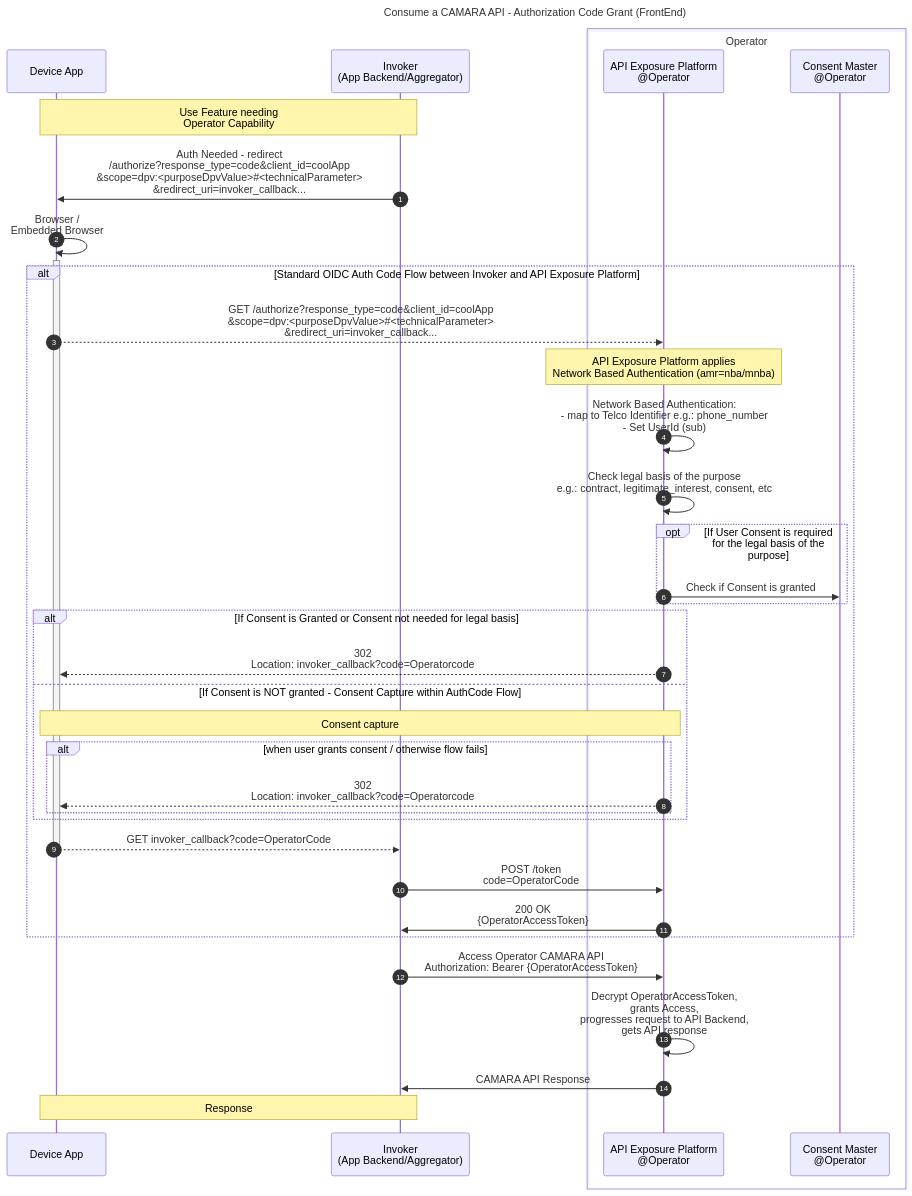
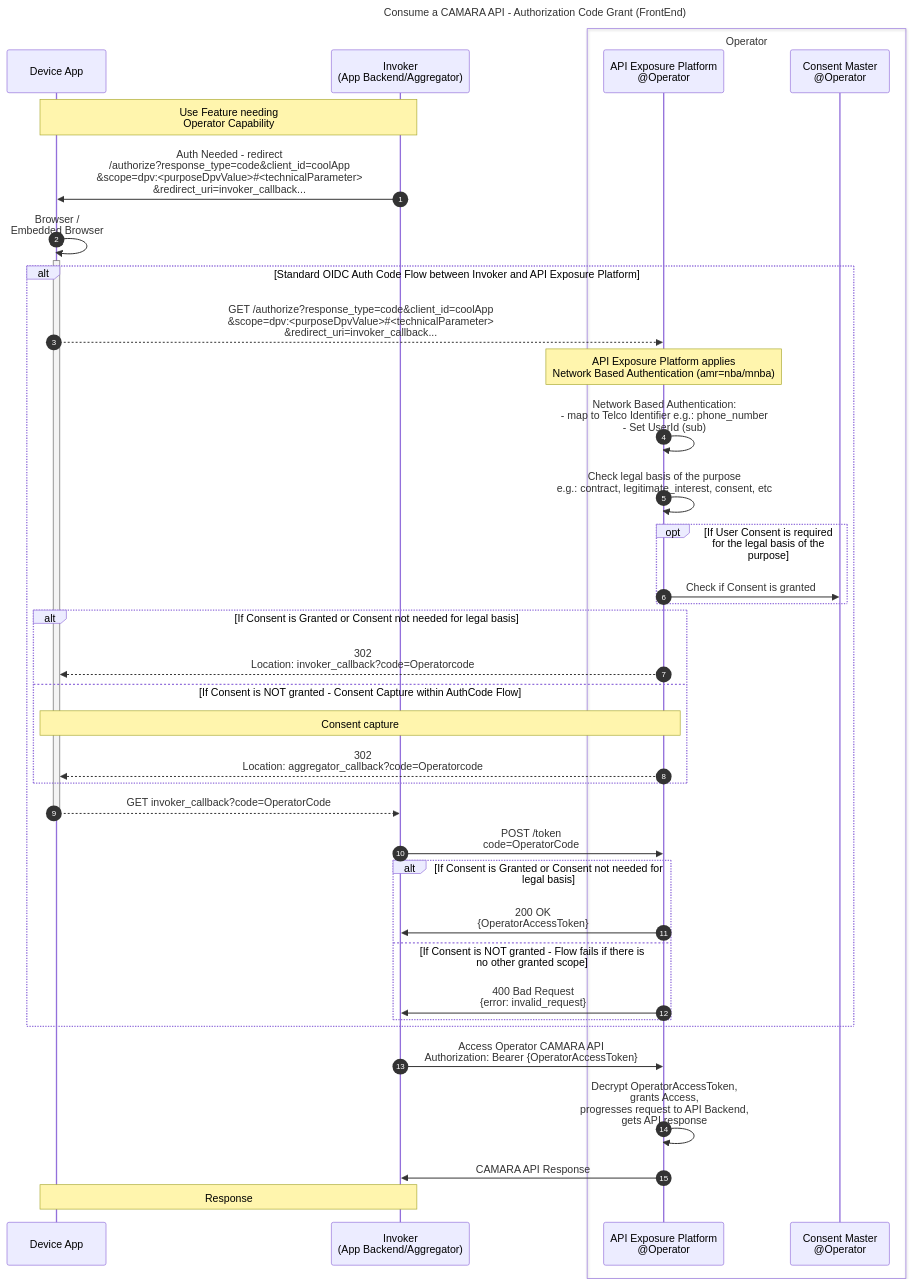
One commit to camaraproject/IdentityAndConsentManagement changed the first of 2 diagrams in documentation/CAMARA-API-access-and-user-consent.md. Above: the diagram before and after it, drawn with Mermaid. The commit also changed other lines of this file, not shown here.

Commit message:
Auth code flow update to fix issue #70

````diff
--- a/documentation/CAMARA-API-access-and-user-consent.md
+++ b/documentation/CAMARA-API-access-and-user-consent.md
@@ -129,40 +129,42 @@
 ```mermaid
 sequenceDiagram
 autonumber
 title Consume a CAMARA API - Authorization Code Grant (FrontEnd)
 participant FE as Device App
 participant BE as Invoker<br>(App Backend/Aggregator)
 box Operator
   participant ExpO as API Exposure Platform<br>@Operator
   participant Consent as Consent Master<br>@Operator
 end
 
 Note over FE,BE: Use Feature needing<br>Operator Capability  
 BE->>FE: Auth Needed - redirect <br>/authorize?response_type=code&client_id=coolApp<br>&scope=dpv:<purposeDpvValue>#35;<technicalParameter><br>&redirect_uri=invoker_callback...
 FE->>+FE: Browser /<br> Embedded Browser
 alt Standard OIDC Auth Code Flow between Invoker and API Exposure Platform
   FE-->>ExpO: GET /authorize?response_type=code&client_id=coolApp<br>&scope=dpv:<purposeDpvValue>#35;<technicalParameter><br>&redirect_uri=invoker_callback...
   Note over ExpO: API Exposure Platform applies<br>Network Based Authentication (amr=nba/mnba)
   ExpO->>ExpO: Network Based Authentication:<br>- map to Telco Identifier e.g.: phone_number<br>- Set UserId (sub)  
   ExpO->>ExpO: Check legal basis of the purpose<br> e.g.: contract, legitimate_interest, consent, etc 
   opt If User Consent is required for the legal basis of the purpose  
     ExpO->>Consent: Check if Consent is granted    
   end  
   alt If Consent is Granted or Consent not needed for legal basis   
     ExpO-->>FE: 302<br>Location: invoker_callback?code=Operatorcode
   else If Consent is NOT granted - Consent Capture within AuthCode Flow  
-    Note over FE,ExpO: Consent capture  
-    alt when user grants consent / otherwise flow fails  
-      ExpO-->>FE: 302<br>Location: invoker_callback?code=Operatorcode
-    end  
-  end  
+    Note over FE,ExpO: Consent capture    
+    ExpO-->>FE: 302<br>Location: aggregator_callback?code=Operatorcode 
+  end
   FE-->>-BE: GET invoker_callback?code=OperatorCode
   BE->>ExpO: POST /token<br> code=OperatorCode
-  ExpO->>BE: 200 OK <br> {OperatorAccessToken}
+  alt If Consent is Granted or Consent not needed for legal basis
+    ExpO->>BE: 200 OK <br> {OperatorAccessToken}
+  else If Consent is NOT granted - Flow fails if there is no other granted scope
+    ExpO->>BE: 400 Bad Request <br> {error: invalid_request}
+  end
 end
 
 BE->>ExpO: Access Operator CAMARA API <br> Authorization: Bearer {OperatorAccessToken}        
 ExpO->>ExpO: Decrypt OperatorAccessToken,<br>grants Access,<br>progresses request to API Backend,<br>gets API response  
 ExpO->>BE: CAMARA API Response
 Note over BE,FE: Response
 ```
````
